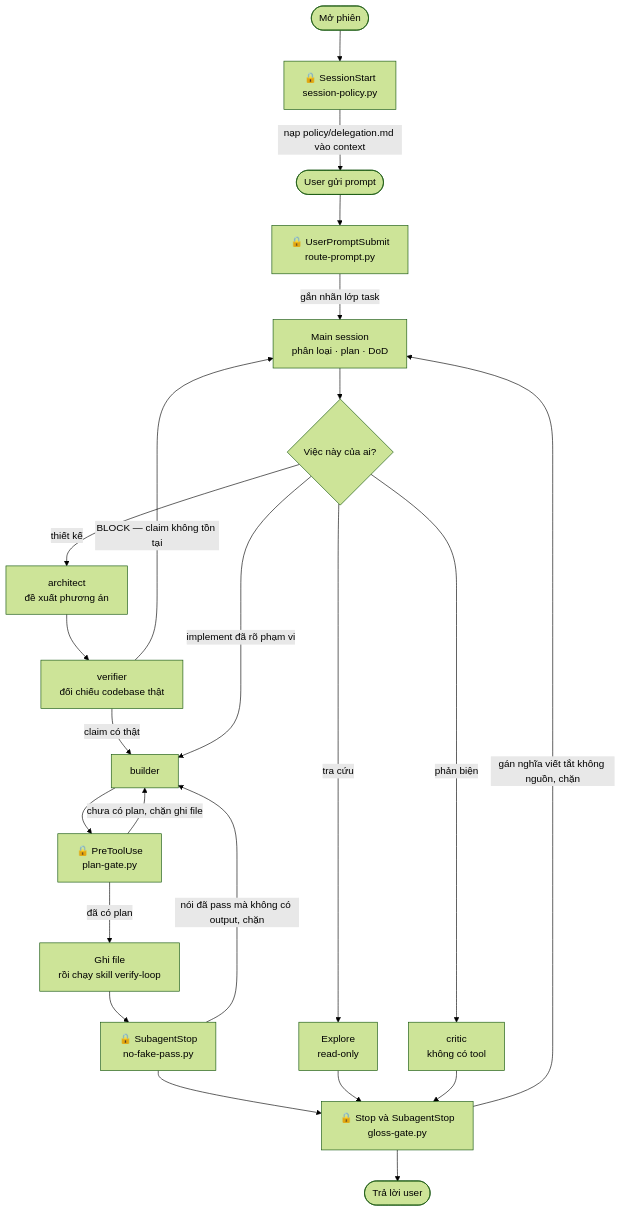
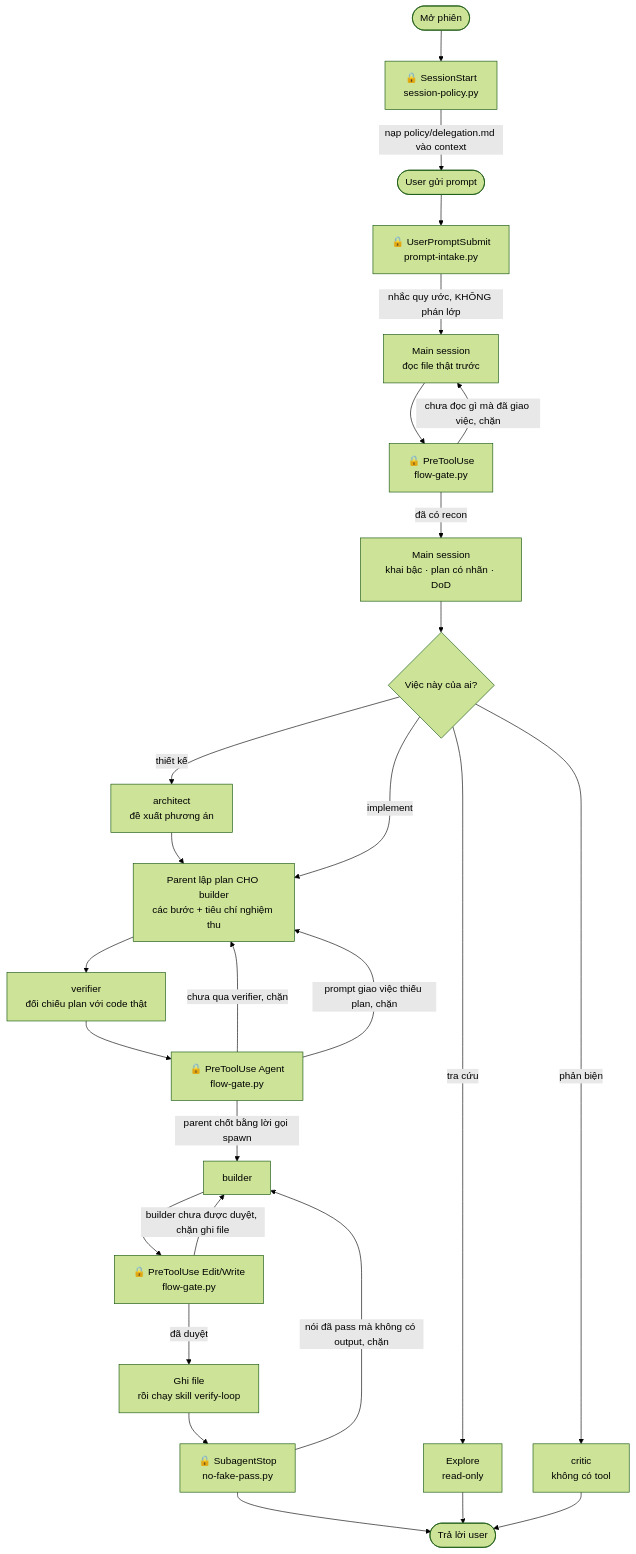
One commit to nhattamgithub1999/agent-kit changed the diagram in README.md. Above: the diagram before and after it, drawn with Mermaid (forest theme). The commit also changed other lines of this file and 9 other files, not shown here.

````diff
--- a/README.md
+++ b/README.md
@@ -55,28 +58,31 @@
 ```mermaid
 flowchart TD
     S([Mở phiên]) --> H1["🔒 SessionStart<br/>session-policy.py"]
     H1 -->|"nạp policy/delegation.md vào context"| P([User gửi prompt])
-    P --> H2["🔒 UserPromptSubmit<br/>route-prompt.py"]
-    H2 -->|"gắn nhãn lớp task"| M["Main session<br/>phân loại · plan · DoD"]
+    P --> H2["🔒 UserPromptSubmit<br/>prompt-intake.py"]
+    H2 -->|"nhắc quy ước, KHÔNG phán lớp"| RC["Main session<br/>đọc file thật trước"]
+    RC --> H6["🔒 PreToolUse<br/>flow-gate.py"]
+    H6 -->|"chưa đọc gì mà đã giao việc, chặn"| RC
+    H6 -->|"đã có recon"| M["Main session<br/>khai bậc · plan có nhãn · DoD"]
     M --> DEL{"Việc này của ai?"}
 
     DEL -->|"tra cứu"| EX["Explore<br/>read-only"]
     DEL -->|"thiết kế"| AR["architect<br/>đề xuất phương án"]
     DEL -->|"phản biện"| CR["critic<br/>không có tool"]
-    AR --> VE["verifier<br/>đối chiếu codebase thật"]
-    VE -->|"BLOCK — claim không tồn tại"| M
-    VE -->|"claim có thật"| BU
-    DEL -->|"implement đã rõ phạm vi"| BU["builder"]
+    AR --> PL
+    DEL -->|"implement"| PL["Parent lập plan CHO builder<br/>các bước + tiêu chí nghiệm thu"]
+    PL --> VE["verifier<br/>đối chiếu plan với code thật"]
+    VE --> H7["🔒 PreToolUse Agent<br/>flow-gate.py"]
+    H7 -->|"chưa qua verifier, chặn"| PL
+    H7 -->|"prompt giao việc thiếu plan, chặn"| PL
+    H7 -->|"parent chốt bằng lời gọi spawn"| BU["builder"]
 
-    BU --> H3["🔒 PreToolUse<br/>plan-gate.py"]
-    H3 -->|"chưa có plan, chặn ghi file"| BU
-    H3 -->|"đã có plan"| WR["Ghi file<br/>rồi chạy skill verify-loop"]
+    BU --> H3["🔒 PreToolUse Edit/Write<br/>flow-gate.py"]
+    H3 -->|"builder chưa được duyệt, chặn ghi file"| BU
+    H3 -->|"đã duyệt"| WR["Ghi file<br/>rồi chạy skill verify-loop"]
     WR --> H4["🔒 SubagentStop<br/>no-fake-pass.py"]
     H4 -->|"nói đã pass mà không có output, chặn"| BU
-
-    H4 --> H5["🔒 Stop và SubagentStop<br/>gloss-gate.py"]
-    EX --> H5
-    CR --> H5
-    H5 -->|"gán nghĩa viết tắt không nguồn, chặn"| M
-    H5 --> OUT([Trả lời user])
+    H4 --> OUT([Trả lời user])
+    EX --> OUT
+    CR --> OUT
 ```
````
